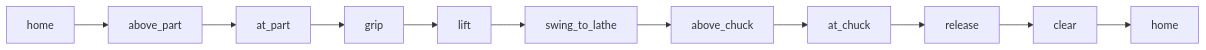
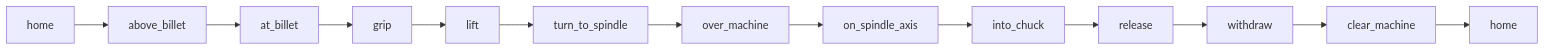
Before and after one commit to MaharajLMR/cnc-lathe-arm: the second of 2 diagrams in README.md, drawn with Mermaid. The commit also changed other lines of this file and 5 other files, not shown here.

````diff
--- a/README.md
+++ b/README.md
@@ -73,4 +73,4 @@
 ```mermaid
 flowchart LR
-    home --> above_part --> at_part --> grip --> lift --> swing_to_lathe --> above_chuck --> at_chuck --> release --> clear --> home2[home]
+    home --> above_billet --> at_billet --> grip --> lift --> turn_to_spindle --> over_machine --> on_spindle_axis --> into_chuck --> release --> withdraw --> clear_machine --> home2[home]
 ```
````
